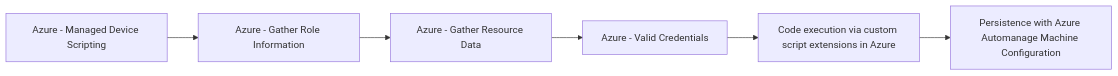
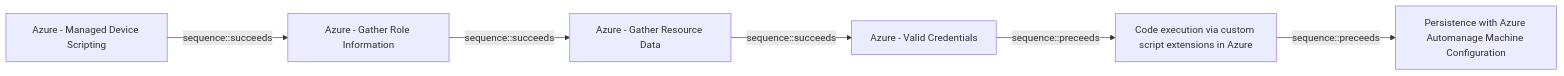
One commit to opentidehq/library changed the diagram in docs/threats/azure-managed-device-scripting.md. Above: the diagram before and after it, drawn with Mermaid. The commit also changed other lines of this file and 277 other files, not shown here.

````diff
--- a/docs/threats/azure-managed-device-scripting.md
+++ b/docs/threats/azure-managed-device-scripting.md
@@ -46,14 +93,14 @@
 ```mermaid
 flowchart LR
 4d9cc646_debc_477b_93cb_4ea74c47c02c["Azure - Managed Device Scripting"]
 140907eb_c9fb_4330_9d71_656422388b2b["Azure - Gather Role Information"]
 b1593e0b_1b3b_462d_9ab6_21d1c136469d["Azure - Gather Resource Data"]
 2743bf18_3b86_4721_bf3e_153dcda0b149["Azure - Valid Credentials"]
 61ddc240_e5a6_4ca8_ae77_6b471b498913["Code execution via custom script extensions in Azure"]
 23f6a192_a25d_48b8_a235_7bb55e483682["Persistence with Azure Automanage Machine Configuration"]
-4d9cc646_debc_477b_93cb_4ea74c47c02c --> 140907eb_c9fb_4330_9d71_656422388b2b
-140907eb_c9fb_4330_9d71_656422388b2b --> b1593e0b_1b3b_462d_9ab6_21d1c136469d
-b1593e0b_1b3b_462d_9ab6_21d1c136469d --> 2743bf18_3b86_4721_bf3e_153dcda0b149
-2743bf18_3b86_4721_bf3e_153dcda0b149 --> 61ddc240_e5a6_4ca8_ae77_6b471b498913
-61ddc240_e5a6_4ca8_ae77_6b471b498913 --> 23f6a192_a25d_48b8_a235_7bb55e483682
+4d9cc646_debc_477b_93cb_4ea74c47c02c -->|sequence::succeeds| 140907eb_c9fb_4330_9d71_656422388b2b
+140907eb_c9fb_4330_9d71_656422388b2b -->|sequence::succeeds| b1593e0b_1b3b_462d_9ab6_21d1c136469d
+b1593e0b_1b3b_462d_9ab6_21d1c136469d -->|sequence::succeeds| 2743bf18_3b86_4721_bf3e_153dcda0b149
+2743bf18_3b86_4721_bf3e_153dcda0b149 -->|sequence::preceeds| 61ddc240_e5a6_4ca8_ae77_6b471b498913
+61ddc240_e5a6_4ca8_ae77_6b471b498913 -->|sequence::preceeds| 23f6a192_a25d_48b8_a235_7bb55e483682
 ```
````
